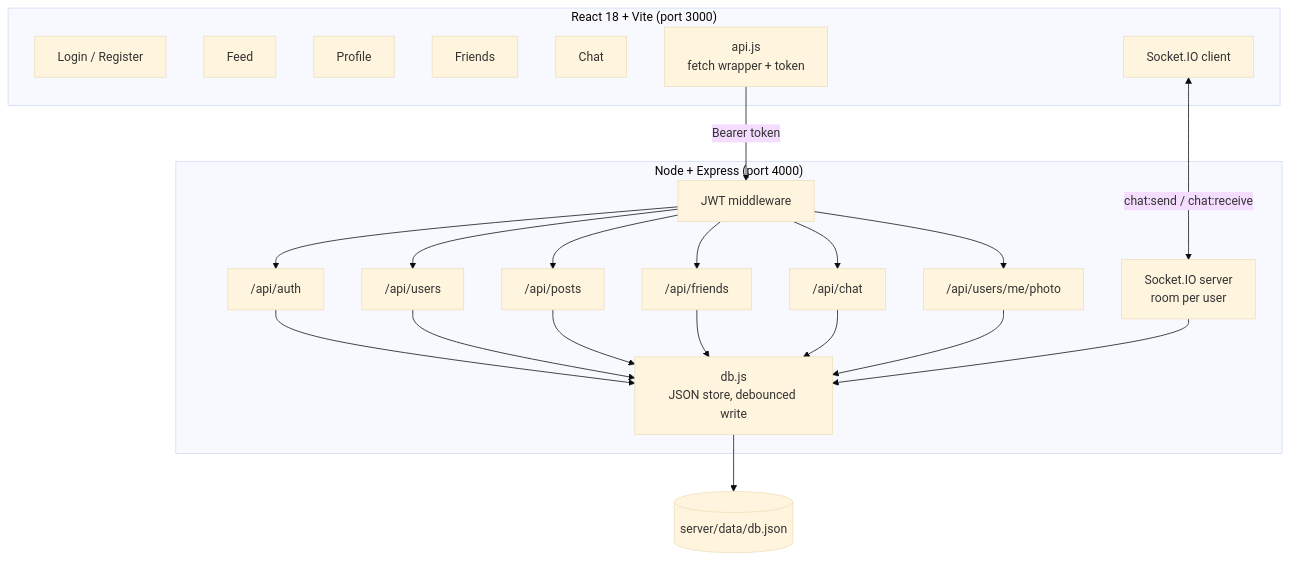
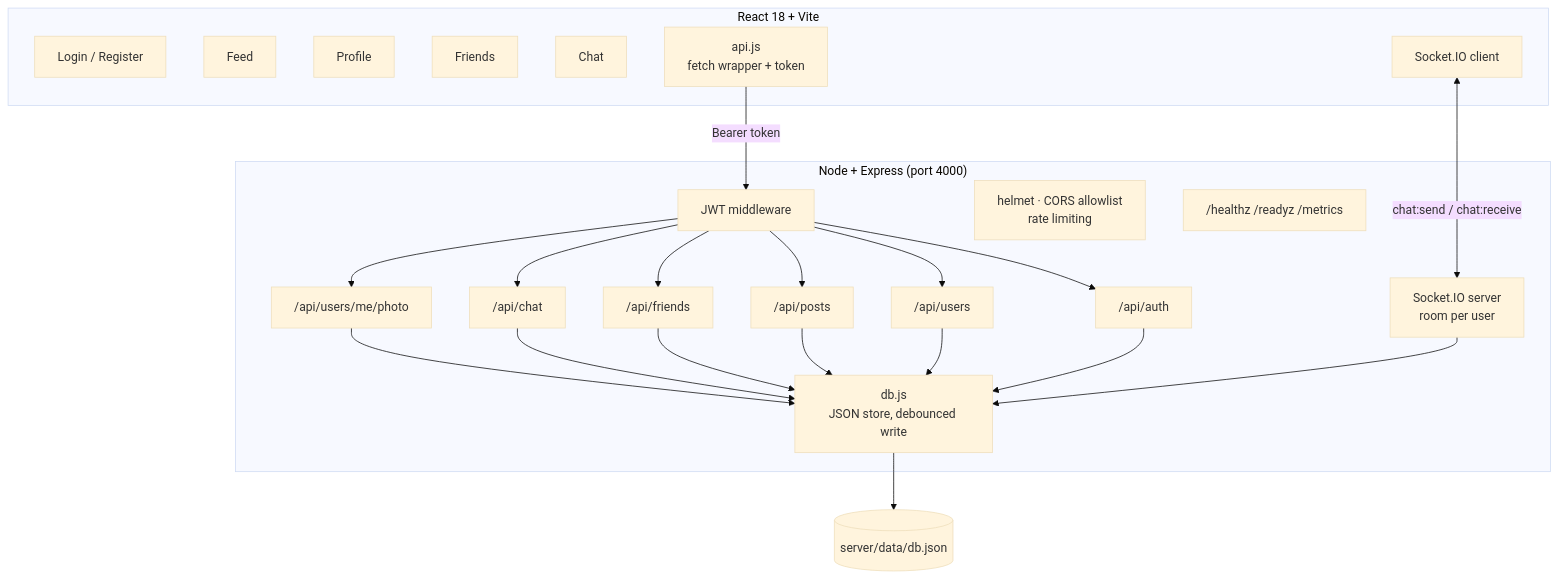
One commit to dominicnkutha1-netize/ConnectHub changed the diagram in README.md. Above: the diagram before and after it, drawn with Mermaid (base theme). The commit also changed other lines of this file and 22 other files, not shown here.

````diff
--- a/README.md
+++ b/README.md
@@ -58,31 +68,35 @@
 ```mermaid
 flowchart TB
-    subgraph Client["React 18 + Vite (port 3000)"]
+    subgraph Client["React 18 + Vite"]
         A[Login / Register]
         B[Feed]
         C[Profile]
         D[Friends]
         E[Chat]
         F["api.js<br/>fetch wrapper + token"]
         G["Socket.IO client"]
     end
 
     subgraph Server["Node + Express (port 4000)"]
         H["/api/auth"]
         I["/api/users"]
         J["/api/posts"]
         K["/api/friends"]
         L["/api/chat"]
         M["/api/users/me/photo"]
         N["JWT middleware"]
         O["Socket.IO server<br/>room per user"]
         P["db.js<br/>JSON store, debounced write"]
+        R["helmet · CORS allowlist<br/>rate limiting"]
+        S["/healthz /readyz /metrics"]
     end
 
     F -->|Bearer token| N
     N --> H & I & J & K & L & M
     G <-->|"chat:send / chat:receive"| O
     H & I & J & K & L & M --> P
     O --> P
     P --> Q[("server/data/db.json")]
+    R --- Server
+    S --- Server
 ```
````
